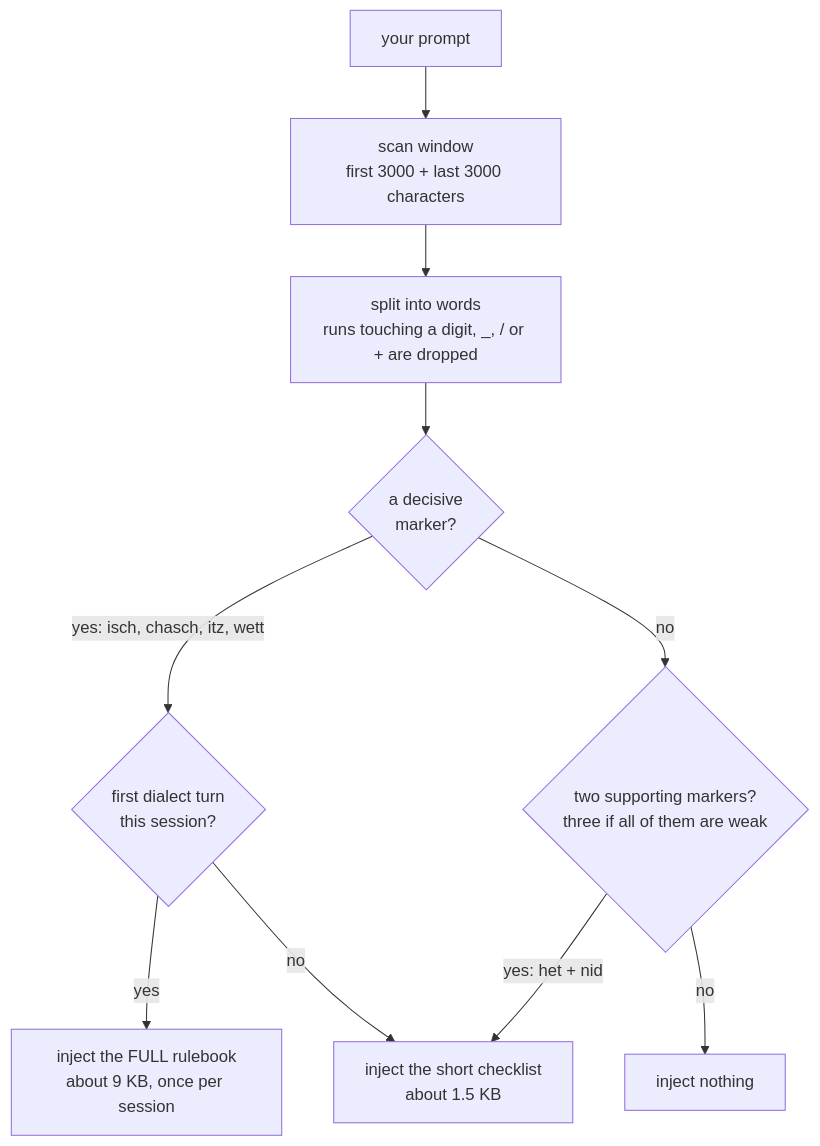
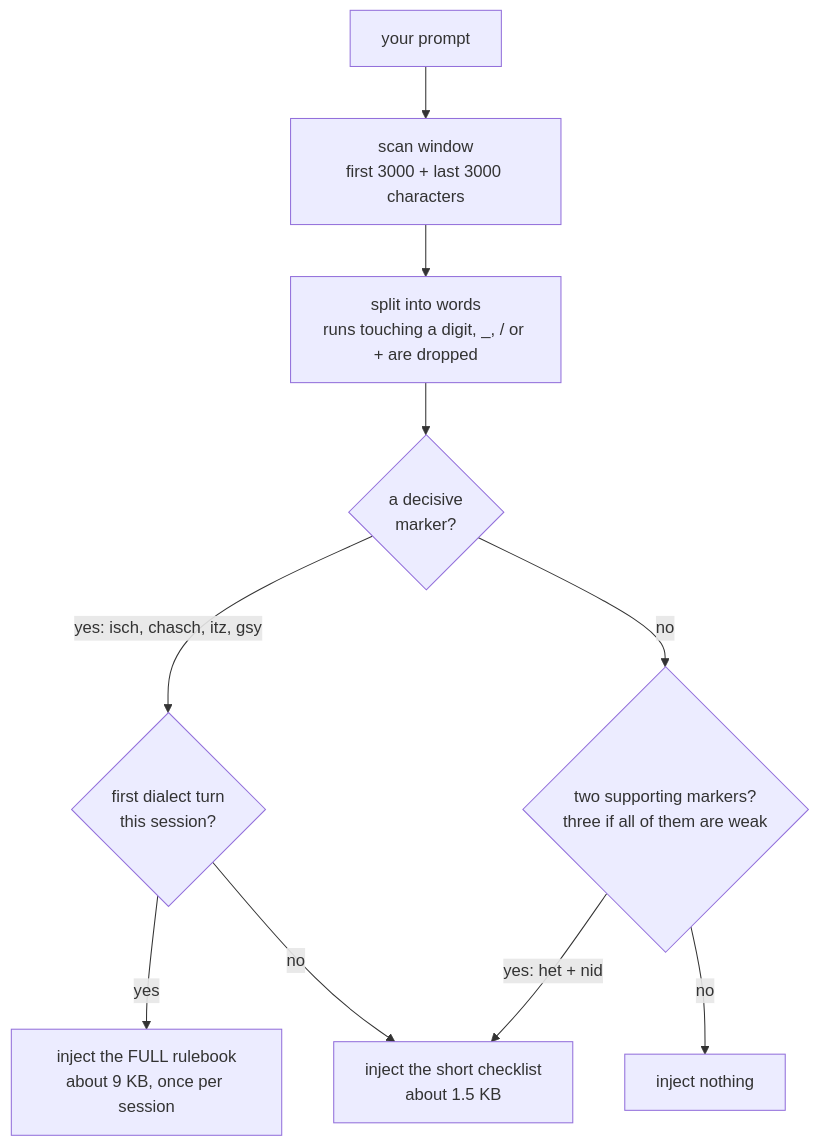
The third of 3 diagrams in README.md (sapn95/berndeutsch-for-ai), drawn with Mermaid before and after one commit. The commit also changed other lines of this file and 8 other files, not shown here.

````diff
--- a/README.md
+++ b/README.md
@@ -277,12 +277,12 @@
 ```mermaid
 flowchart TD
     P["your prompt"] --> W["scan window<br/>first 3000 + last 3000 characters"]
     W --> T["split into words<br/>runs touching a digit, _, / or + are dropped"]
     T --> D{"a decisive<br/>marker?"}
-    D -->|"yes: isch, chasch, itz, wett"| B{"first dialect turn<br/>this session?"}
+    D -->|"yes: isch, chasch, itz, gsy"| B{"first dialect turn<br/>this session?"}
     B -->|yes| FULL["inject the FULL rulebook<br/>about 9 KB, once per session"]
     B -->|no| CL["inject the short checklist<br/>about 1.5 KB"]
     D -->|no| S{"two supporting markers?<br/>three if all of them are weak"}
     S -->|"yes: het + nid"| CL
     S -->|no| N["inject nothing"]
 ```
````
